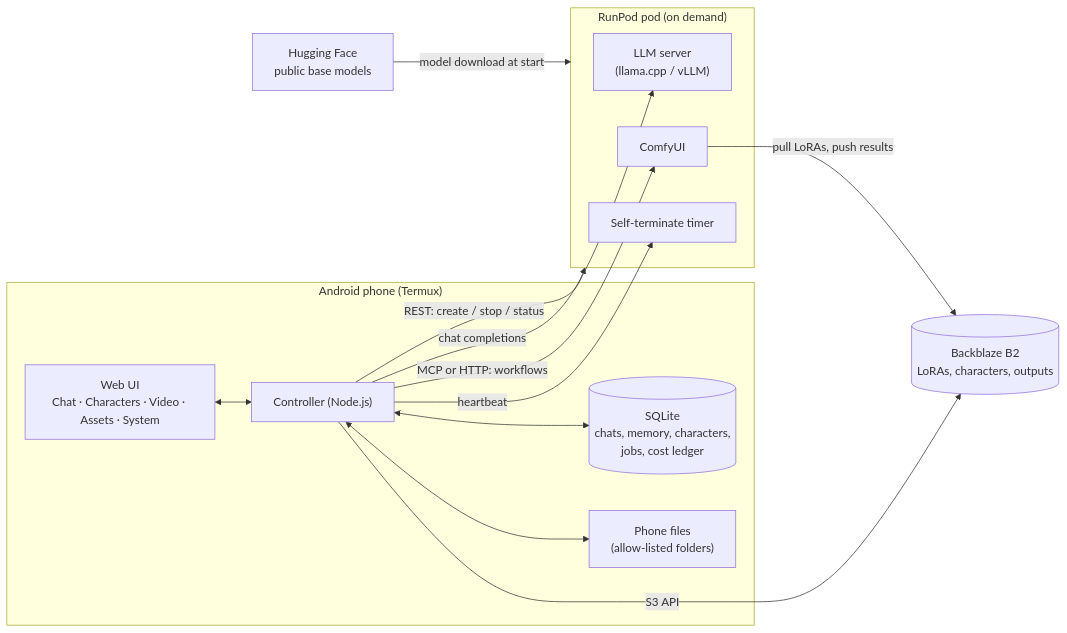
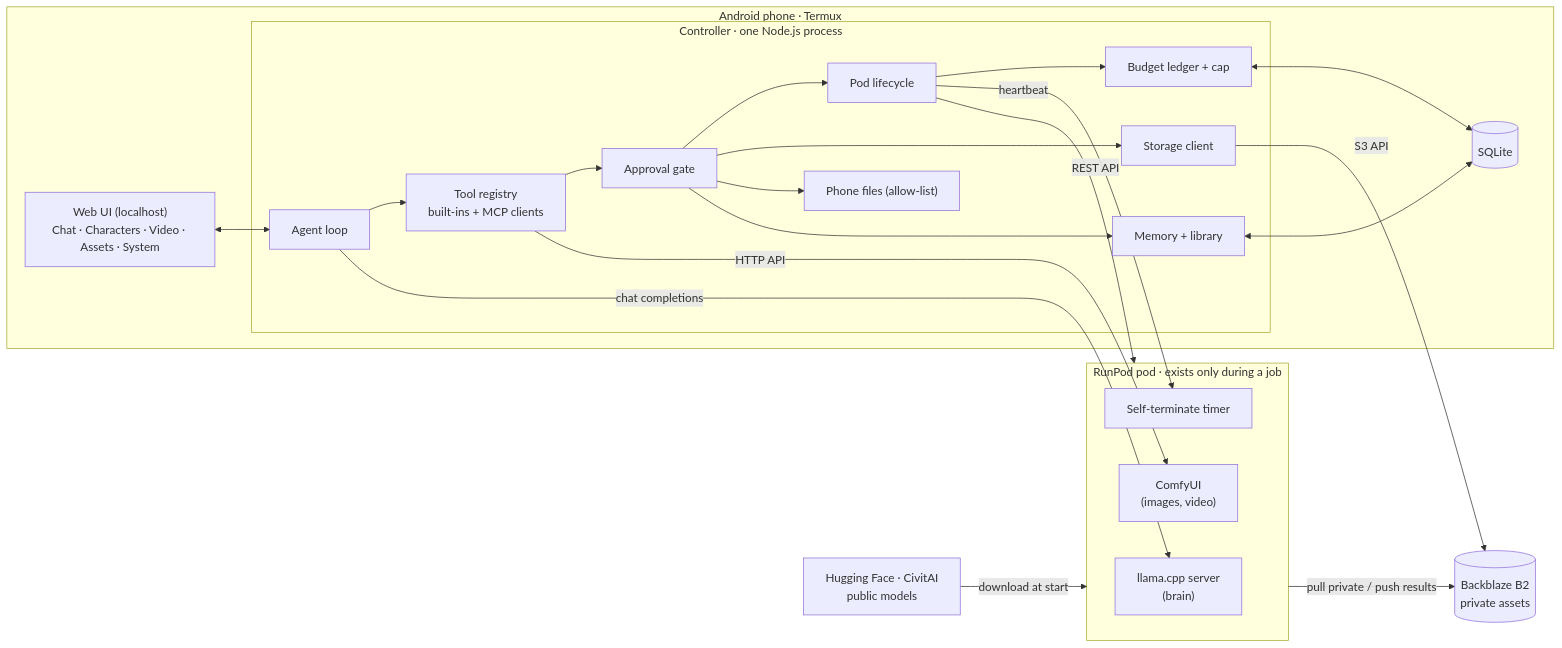
One commit to seangumede96-lang/general- changed the first of 2 diagrams in docs/PLAN.md. Above: the diagram before and after it, drawn with Mermaid. The commit also changed other lines of this file, not shown here.

First line of the commit message:
Expand plan: reuse assessment, licensing, cost analysis, risks, dependency map

````diff
--- a/docs/PLAN.md
+++ b/docs/PLAN.md
@@ -59,26 +144,36 @@
 ```mermaid
 flowchart LR
-  subgraph Phone["Android phone (Termux)"]
-    UI["Web UI<br/>Chat · Characters · Video · Assets · System"]
-    C["Controller (Node.js)"]
-    DB[("SQLite<br/>chats, memory, characters,<br/>jobs, cost ledger")]
-    FS["Phone files<br/>(allow-listed folders)"]
-    UI <--> C
-    C <--> DB
-    C <--> FS
+  subgraph Phone["Android phone · Termux"]
+    UI["Web UI (localhost)<br/>Chat · Characters · Video · Assets · System"]
+    subgraph C["Controller · one Node.js process"]
+      AG["Agent loop"]
+      TR["Tool registry<br/>built-ins + MCP clients"]
+      AP["Approval gate"]
+      BG["Budget ledger + cap"]
+      RP["Pod lifecycle"]
+      ST["Storage client"]
+      FL["Phone files (allow-list)"]
+      MM["Memory + library"]
+    end
+    DB[("SQLite")]
+    UI <--> AG
+    AG --> TR --> AP
+    AP --> RP & ST & FL & MM
+    RP --> BG
+    BG & MM <--> DB
   end
-  subgraph RunPod["RunPod pod (on demand)"]
-    LLM["LLM server<br/>(llama.cpp / vLLM)"]
-    CUI["ComfyUI"]
+  subgraph Pod["RunPod pod · exists only during a job"]
+    LL["llama.cpp server<br/>(brain)"]
+    CU["ComfyUI<br/>(images, video)"]
     DM["Self-terminate timer"]
   end
-  B2[("Backblaze B2<br/>LoRAs, characters, outputs")]
-  HF["Hugging Face<br/>public base models"]
-  C -- "REST: create / stop / status" --> RunPod
-  C -- "chat completions" --> LLM
-  C -- "MCP or HTTP: workflows" --> CUI
-  C -- "S3 API" --> B2
-  CUI -- "pull LoRAs, push results" --> B2
-  HF -- "model download at start" --> RunPod
-  C -- "heartbeat" --> DM
+  B2[("Backblaze B2<br/>private assets")]
+  PUB["Hugging Face · CivitAI<br/>public models"]
+  RP -- "REST API" --> Pod
+  AG -- "chat completions" --> LL
+  TR -- "HTTP API" --> CU
+  RP -- "heartbeat" --> DM
+  ST -- "S3 API" --> B2
+  Pod -- "pull private / push results" --> B2
+  PUB -- "download at start" --> Pod
 ```
````
